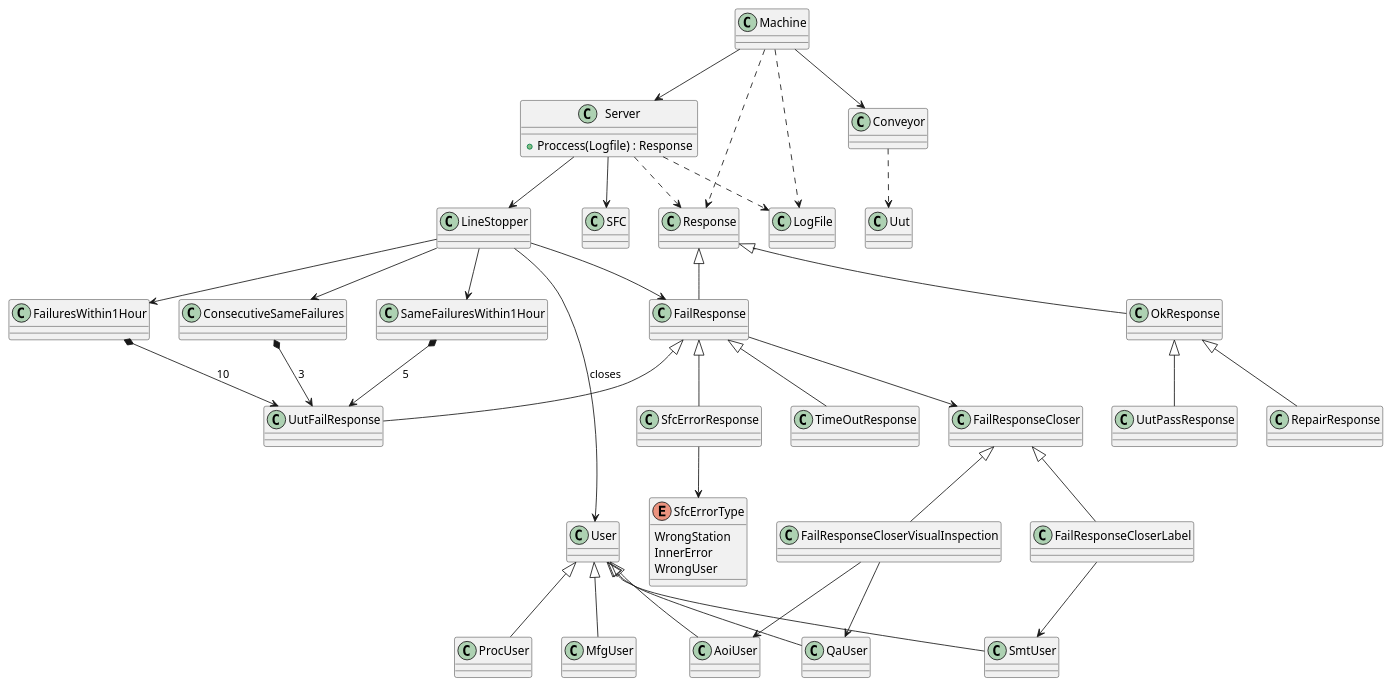
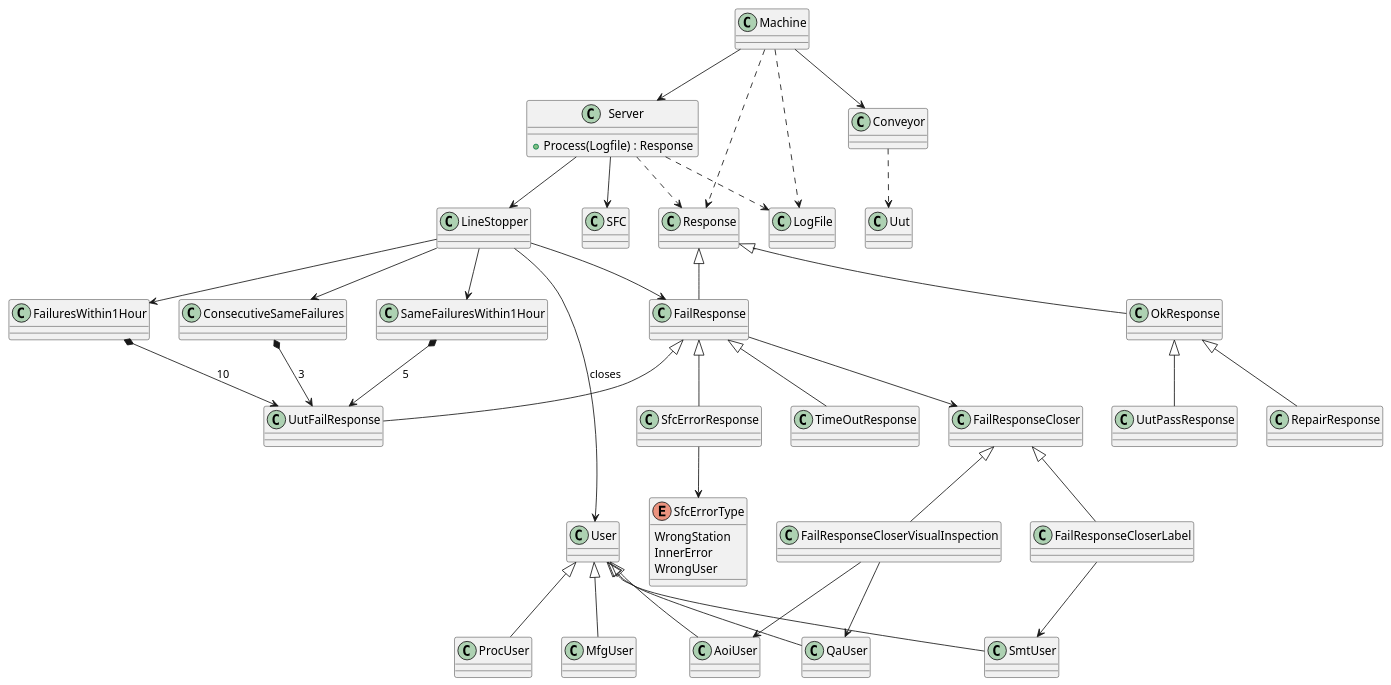
The diagram in Docs/Domain View/Domain.plantuml (zhusihan-python/Hermes), drawn with PlantUML before and after one commit. The commit also changed 20 other files, not shown here.

```diff
--- a/Docs/Domain View/Domain.plantuml
+++ b/Docs/Domain View/Domain.plantuml
@@ -1,68 +1,68 @@
 @startuml domain
 class Machine{}
 Machine --> Server
 Machine ..> LogFile
 Machine ..> Response
 Machine --> Conveyor
 
 class Conveyor{}
 Conveyor ..> Uut
 
 class Server{
-    + Proccess(Logfile) : Response
+    + Process(Logfile) : Response
 }
 Server --> SFC
 Server --> LineStopper
 Server ..> LogFile
 Server ..> Response
 
 class Response{}
 Response <|-- FailResponse
 Response <|-- OkResponse
 
 OkResponse <|-- UutPassResponse
 OkResponse <|-- RepairResponse
 
 
 class FailResponse {}
 FailResponse <|-- UutFailResponse
 FailResponse <|-- SfcErrorResponse
 FailResponse <|-- TimeOutResponse
 FailResponse --> FailResponseCloser
 
 class FailResponseCloser{}
 FailResponseCloser <|-- FailResponseCloserLabel
 FailResponseCloser <|-- FailResponseCloserVisualInspection
 
 FailResponseCloserLabel --> SmtUser
 
 FailResponseCloserVisualInspection --> QaUser
 FailResponseCloserVisualInspection --> AoiUser
 
 SfcErrorResponse --> SfcErrorType
 
 enum SfcErrorType{
     WrongStation
     InnerError
     WrongUser
 }
 
 class LineStopper{}
 LineStopper -->  ConsecutiveSameFailures
 LineStopper -->  SameFailuresWithin1Hour
 LineStopper -->  FailuresWithin1Hour
 LineStopper -->  FailResponse
 LineStopper -->  User: closes
 
 ConsecutiveSameFailures *--> UutFailResponse : 3
 SameFailuresWithin1Hour *--> UutFailResponse : 5
 FailuresWithin1Hour *--> UutFailResponse : 10
 
 class User{}
 User <|-- AoiUser
 User <|-- SmtUser
 User <|-- QaUser
 User <|-- ProcUser
 User <|-- MfgUser
 
 @enduml
```
